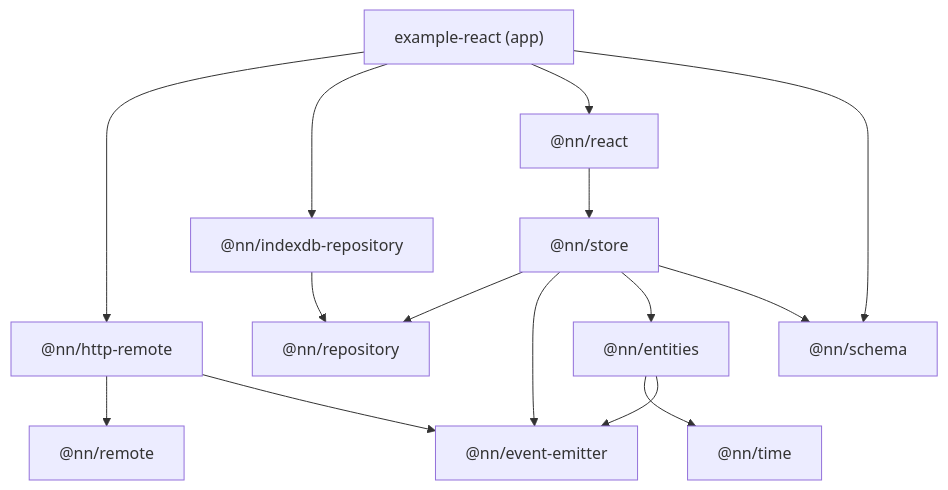
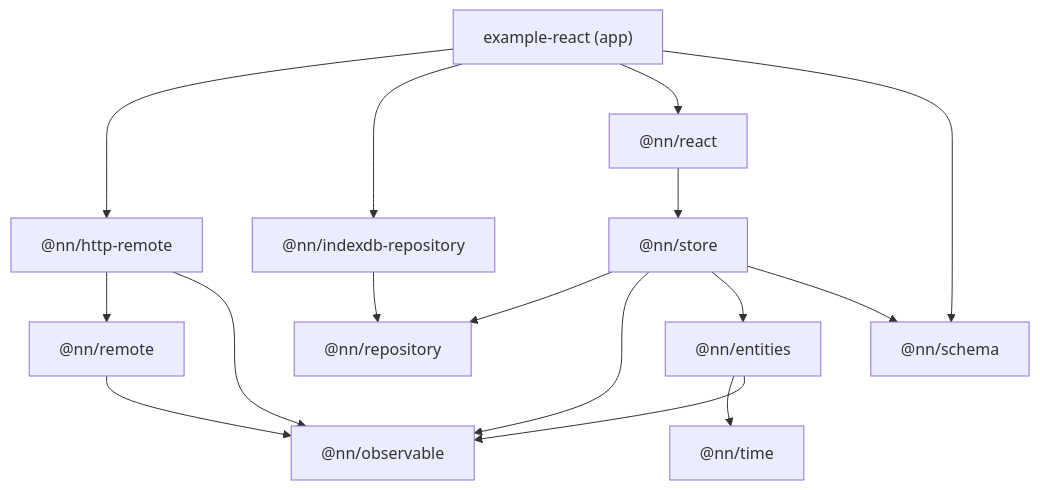
One commit to pchalupa/nn changed the diagram in docs/notes/package-dependencies.md. Above: the diagram before and after it, drawn with Mermaid. The commit also changed other lines of this file and 22 other files, not shown here.

Commit message:
Remove event emitter

````diff
--- a/docs/notes/package-dependencies.md
+++ b/docs/notes/package-dependencies.md
@@ -6,34 +6,36 @@
 ```mermaid
 graph TD
   react["@nn/react"]
   store["@nn/store"]
   entities["@nn/entities"]
   httpRemote["@nn/http-remote"]
   indexdbRepository["@nn/indexdb-repository"]
   repository["@nn/repository"]
-  eventEmitter["@nn/event-emitter"]
+  observable["@nn/observable"]
   schema["@nn/schema"]
   remote["@nn/remote"]
   time["@nn/time"]
 
   react --> store
 
   store --> repository
-  store --> eventEmitter
+  store --> observable
   store --> entities
   store --> schema
 
   entities --> time
-  entities --> eventEmitter
+  entities --> observable
 
   httpRemote --> remote
-  httpRemote --> eventEmitter
+  httpRemote --> observable
+
+  remote --> observable
 
   indexdbRepository --> repository
 
   exampleReact["example-react (app)"]
   exampleReact --> httpRemote
   exampleReact --> indexdbRepository
   exampleReact --> react
   exampleReact --> schema
 ```
````
